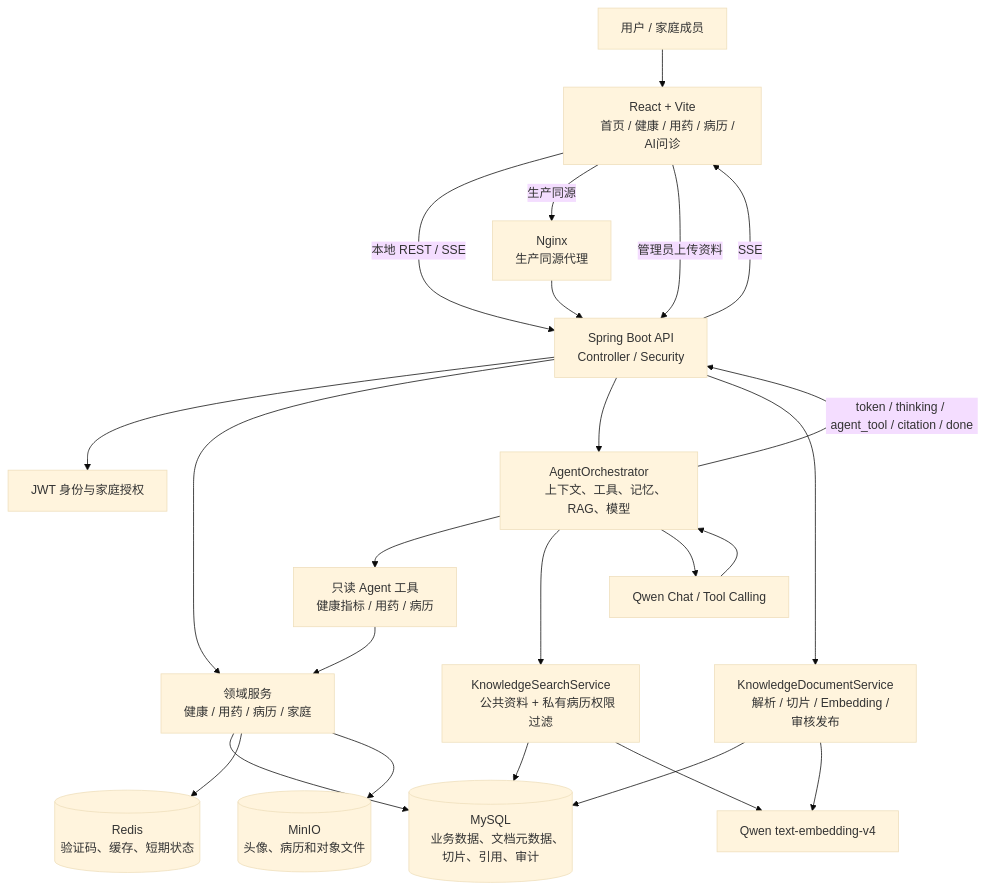
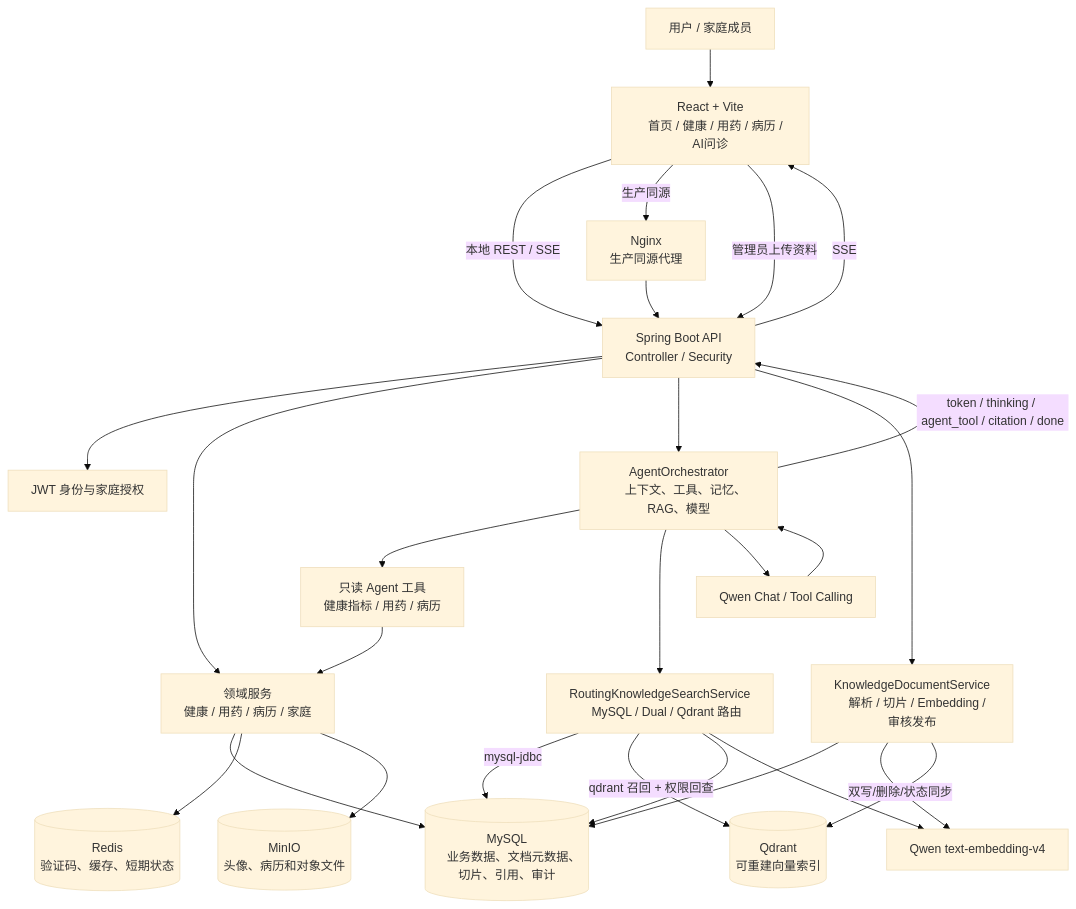
Before and after one commit to Eg0-11/kangban: the first of 2 diagrams in docs/agent-architecture.md, drawn with Mermaid (base theme). The commit also changed other lines of this file and 82 other files, not shown here.

Commit message:
feat: complete agent rag and medical mcp integration

````diff
--- a/docs/agent-architecture.md
+++ b/docs/agent-architecture.md
@@ -5,49 +5,55 @@
 ```mermaid
 flowchart TB
     USER[用户 / 家庭成员]
     WEB[React + Vite
     首页 / 健康 / 用药 / 病历 / AI问诊]
     NGINX[Nginx
     生产同源代理]
     API[Spring Boot API
     Controller / Security]
     AUTH[JWT 身份与家庭授权]
     DOMAIN[领域服务
     健康 / 用药 / 病历 / 家庭]
     AGENT[AgentOrchestrator
     上下文、工具、记忆、RAG、模型]
     TOOLS[只读 Agent 工具
     健康指标 / 用药 / 病历]
-    RAG[KnowledgeSearchService
-    公共资料 + 私有病历权限过滤]
+    RAG[RoutingKnowledgeSearchService
+    MySQL / Dual / Qdrant 路由]
     INGEST[KnowledgeDocumentService
     解析 / 切片 / Embedding / 审核发布]
     QWEN_EMB[Qwen text-embedding-v4]
     QWEN_CHAT[Qwen Chat / Tool Calling]
     MYSQL[(MySQL
     业务数据、文档元数据、切片、引用、审计)]
+    QDRANT[(Qdrant
+    可重建向量索引)]
     REDIS[(Redis
     验证码、缓存、短期状态)]
     MINIO[(MinIO
     头像、病历和对象文件)]
 
     USER --> WEB
     WEB -->|本地 REST / SSE| API
     WEB -->|生产同源| NGINX --> API
     API --> AUTH
     API --> DOMAIN
     DOMAIN --> MYSQL
     DOMAIN --> REDIS
     DOMAIN --> MINIO
     API --> AGENT
     AGENT --> TOOLS --> DOMAIN
-    AGENT --> RAG --> MYSQL
+    AGENT --> RAG
+    RAG -->|mysql-jdbc| MYSQL
+    RAG -->|qdrant 召回 + 权限回查| QDRANT
+    RAG --> MYSQL
     RAG --> QWEN_EMB
     AGENT --> QWEN_CHAT
     QWEN_CHAT --> AGENT
     AGENT -->|token / thinking / agent_tool / citation / done| API
     API -->|SSE| WEB
     WEB -->|管理员上传资料| API
     API --> INGEST --> MYSQL
     INGEST --> QWEN_EMB
+    INGEST -->|双写/删除/状态同步| QDRANT
 ```
````
